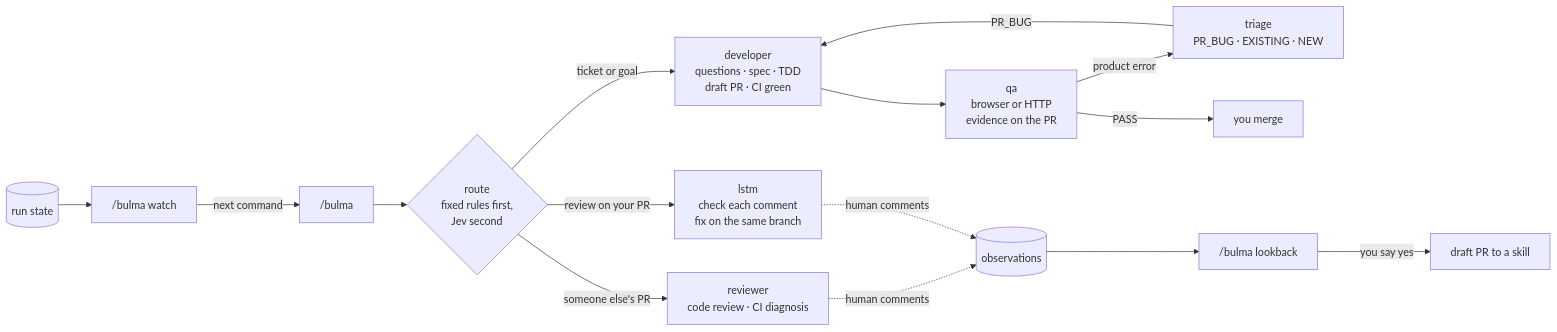
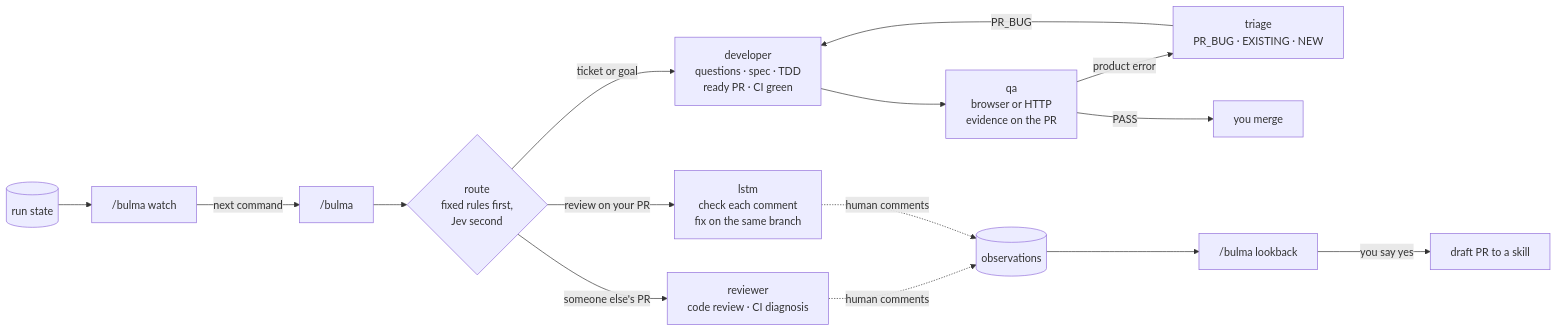
One commit to ruverd/bulma changed the diagram in docs/how-it-works.md. Above: the diagram before and after it, drawn with Mermaid. The commit also changed other lines of this file and 57 other files, not shown here.

````diff
--- a/docs/how-it-works.md
+++ b/docs/how-it-works.md
@@ -9,17 +9,17 @@
 ```mermaid
 flowchart LR
   you["/bulma"] --> route{"route<br/>fixed rules first,<br/>Jev second"}
-  route -->|ticket or goal| dev["developer<br/>questions · spec · TDD<br/>draft PR · CI green"]
+  route -->|ticket or goal| dev["developer<br/>questions · spec · TDD<br/>ready PR · CI green"]
   route -->|someone else's PR| rev["reviewer<br/>code review · CI diagnosis"]
   route -->|review on your PR| lstm["lstm<br/>check each comment<br/>fix on the same branch"]
   dev --> qa["qa<br/>browser or HTTP<br/>evidence on the PR"]
   qa -->|product error| triage["triage<br/>PR_BUG · EXISTING · NEW"]
   triage -->|PR_BUG| dev
   qa -->|PASS| human["you merge"]
   rev -. human comments .-> obs[("observations")]
   lstm -. human comments .-> obs
   obs --> lookback["/bulma lookback"]
   lookback -->|you say yes| skillpr["draft PR to a skill"]
   state[("run state")] --> watch["/bulma watch"]
   watch -->|next command| you
 ```
````
